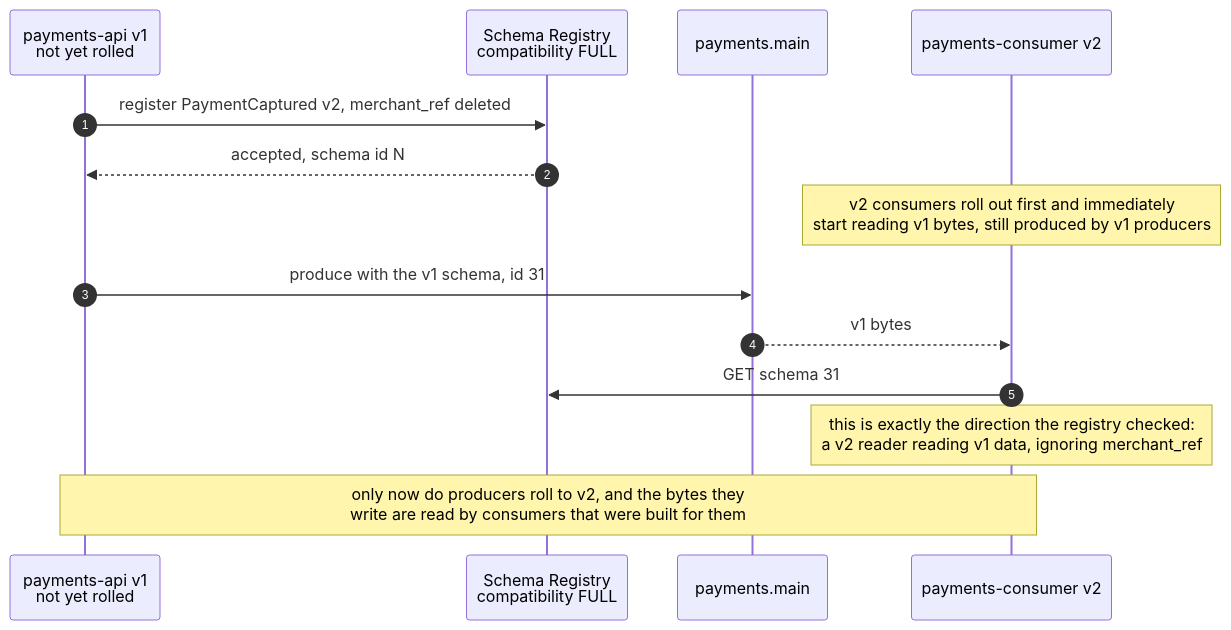
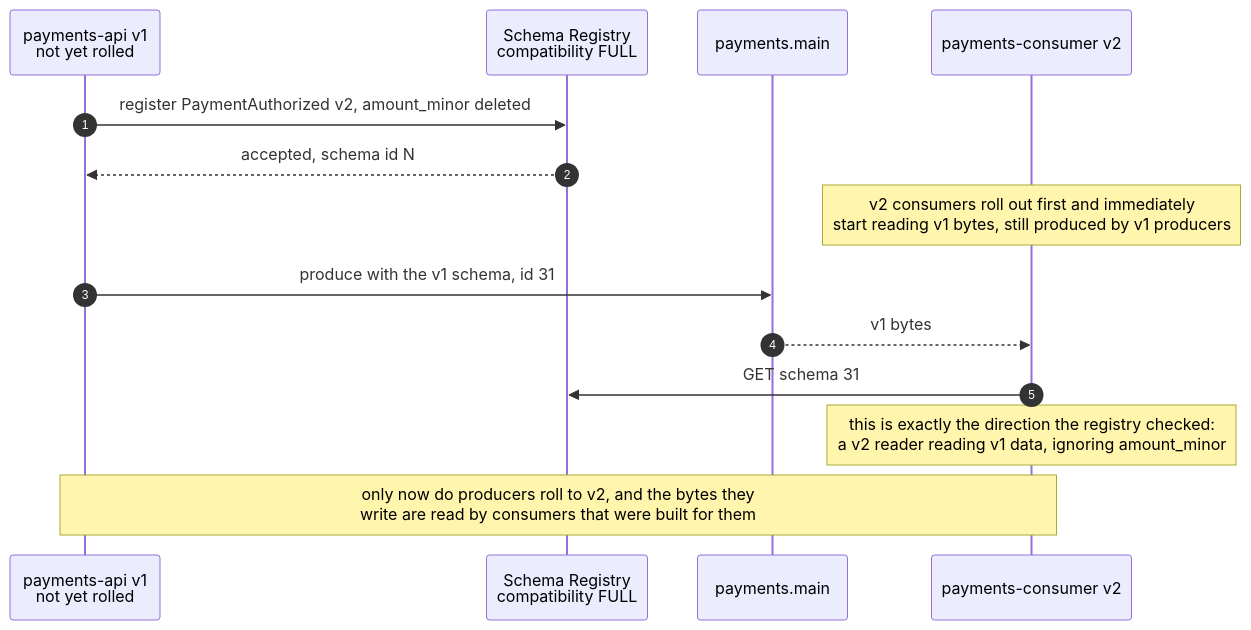
Before and after one commit to DmytroLysenko1/Kafka-lab: the second of 3 diagrams in docs/static/09-schema-evolution.md, drawn with Mermaid. The commit also changed other lines of this file and 220 other files, not shown here.

````diff
--- a/docs/static/09-schema-evolution.md
+++ b/docs/static/09-schema-evolution.md
@@ -52,19 +53,19 @@
 ```mermaid
 sequenceDiagram
     autonumber
     participant P as payments-api v1<br/>not yet rolled
     participant SR as Schema Registry<br/>compatibility FULL
     participant T as payments.main
     participant C2 as payments-consumer v2
 
-    P->>SR: register PaymentCaptured v2, merchant_ref deleted
+    P->>SR: register PaymentAuthorized v2, amount_minor deleted
     SR-->>P: accepted, schema id N
 
     Note over C2: v2 consumers roll out first and immediately<br/>start reading v1 bytes, still produced by v1 producers
     P->>T: produce with the v1 schema, id 31
     T-->>C2: v1 bytes
     C2->>SR: GET schema 31
-    Note over C2: this is exactly the direction the registry checked:<br/>a v2 reader reading v1 data, ignoring merchant_ref
+    Note over C2: this is exactly the direction the registry checked:<br/>a v2 reader reading v1 data, ignoring amount_minor
 
     Note over P,C2: only now do producers roll to v2, and the bytes they<br/>write are read by consumers that were built for them
 ```
````
